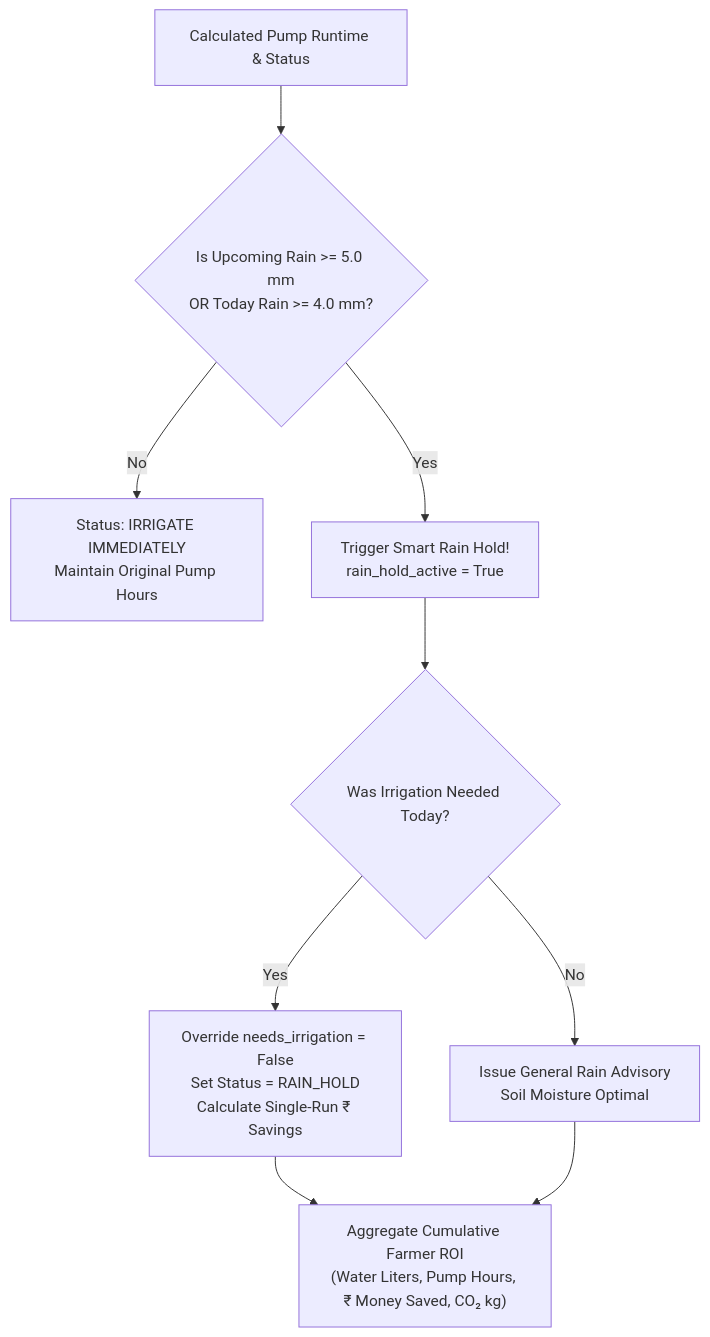
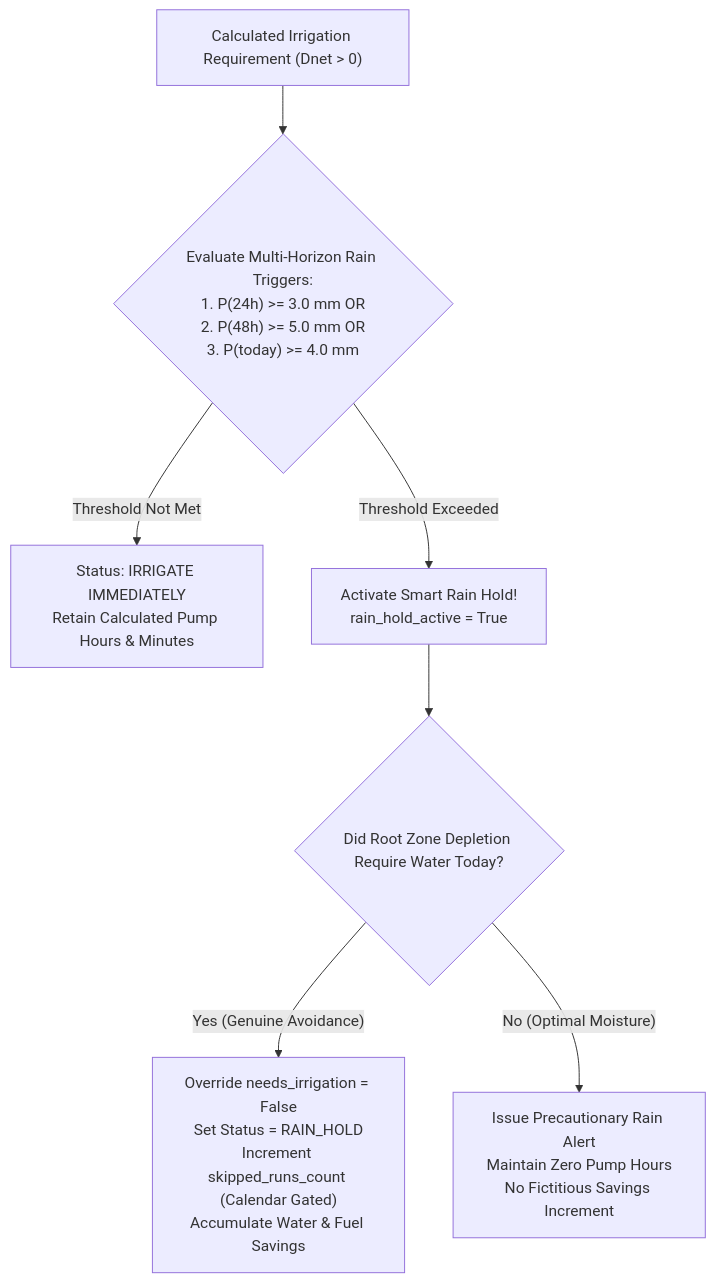
Before and after one commit to arpanpramanik2003/JalDrishti-AI: the second of 4 diagrams in MASTER_PROJECT_DOCUMENTATION.md, drawn with Mermaid. The commit also changed other lines of this file, not shown here.

Commit message:
docs: add contributor profiles and refine technical documentation for JalDrishti architecture and features

````diff
--- a/MASTER_PROJECT_DOCUMENTATION.md
+++ b/MASTER_PROJECT_DOCUMENTATION.md
@@ -267,12 +255,10 @@
 ```mermaid
 graph TD
-    A["Calculated Pump Runtime & Status"] --> B{"Is Upcoming Rain >= 5.0 mm<br/>OR Today Rain >= 4.0 mm?"}
-    B -- No --> C["Status: IRRIGATE IMMEDIATELY<br/>Maintain Original Pump Hours"]
-    B -- Yes --> D["Trigger Smart Rain Hold!<br/>rain_hold_active = True"]
+    A["Calculated Irrigation Requirement (Dnet > 0)"] --> B{"Evaluate Multi-Horizon Rain Triggers:<br/>1. P(24h) >= 3.0 mm OR<br/>2. P(48h) >= 5.0 mm OR<br/>3. P(today) >= 4.0 mm"}
+    B -- "Threshold Not Met" --> C["Status: IRRIGATE IMMEDIATELY<br/>Retain Calculated Pump Hours & Minutes"]
+    B -- "Threshold Exceeded" --> D["Activate Smart Rain Hold!<br/>rain_hold_active = True"]
 
-    D --> E{"Was Irrigation Needed Today?"}
-    E -- Yes --> F["Override needs_irrigation = False<br/>Set Status = RAIN_HOLD<br/>Calculate Single-Run ₹ Savings"]
-    E -- No --> G["Issue General Rain Advisory<br/>Soil Moisture Optimal"]
-
-    F & G --> H["Aggregate Cumulative Farmer ROI<br/>(Water Liters, Pump Hours, ₹ Money Saved, CO₂ kg)"]
+    D --> E{"Did Root Zone Depletion Require Water Today?"}
+    E -- "Yes (Genuine Avoidance)" --> F["Override needs_irrigation = False<br/>Set Status = RAIN_HOLD<br/>Increment skipped_runs_count (Calendar Gated)<br/>Accumulate Water & Fuel Savings"]
+    E -- "No (Optimal Moisture)" --> G["Issue Precautionary Rain Alert<br/>Maintain Zero Pump Hours<br/>No Fictitious Savings Increment"]
 ```
````
